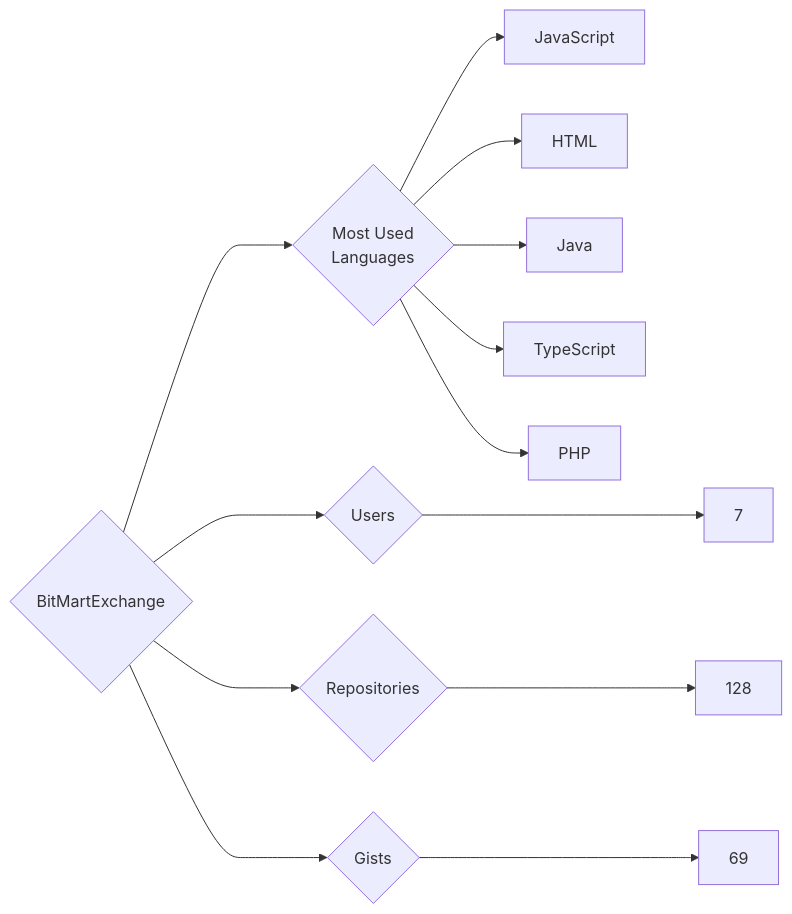
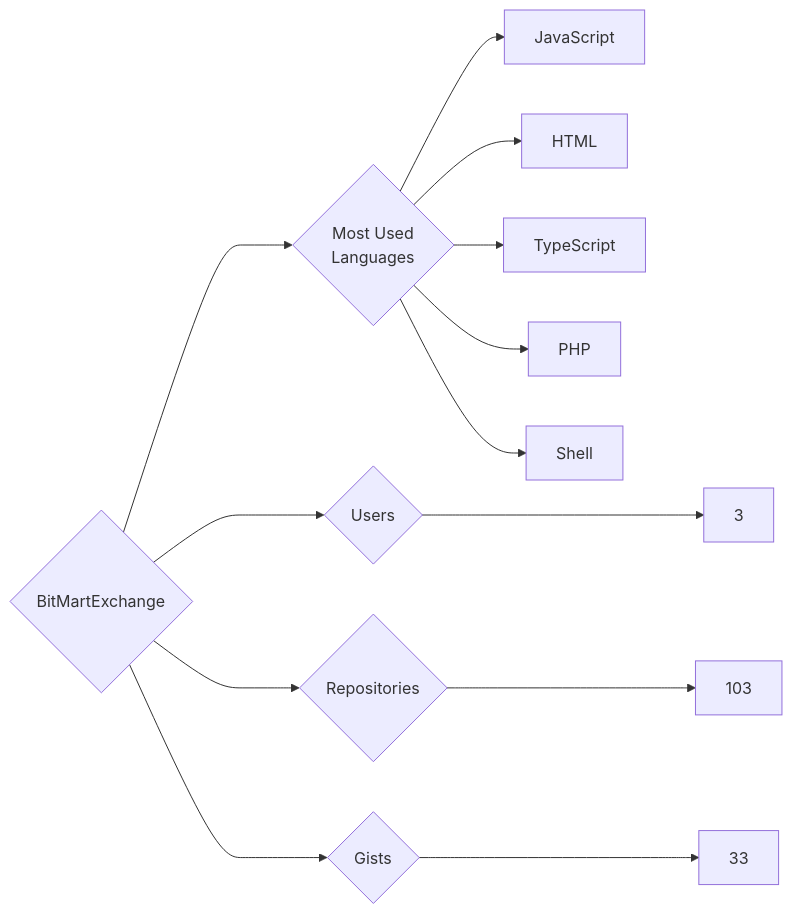
Before and after one commit to trickest/insiders: the diagram in targets/BitMartExchange/README.md, drawn with Mermaid. The commit also changed 859 other files, not shown here.

````diff
--- a/targets/BitMartExchange/README.md
+++ b/targets/BitMartExchange/README.md
@@ -3,13 +3,13 @@
 ```mermaid
 graph LR
 COMPANY_NAME{BitMartExchange}
-COMPANY_NAME ---> U{Users} ---> UN[7]
-COMPANY_NAME ---> R{Repositories} ---> RN[128]
-COMPANY_NAME ---> G{Gists} ---> GN[69]
+COMPANY_NAME ---> U{Users} ---> UN[3]
+COMPANY_NAME ---> R{Repositories} ---> RN[103]
+COMPANY_NAME ---> G{Gists} ---> GN[33]
 COMPANY_NAME ---> ML{Most Used<br>Languages}
 ML --> JavaScript[JavaScript]
 ML --> HTML[HTML]
-ML --> Java[Java]
 ML --> TypeScript[TypeScript]
 ML --> PHP[PHP]
+ML --> Shell[Shell]
 ```
````
